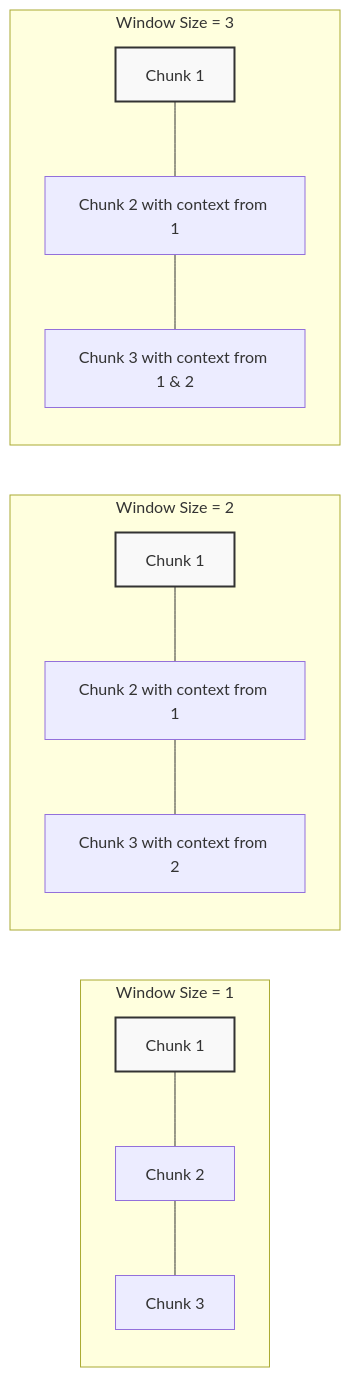
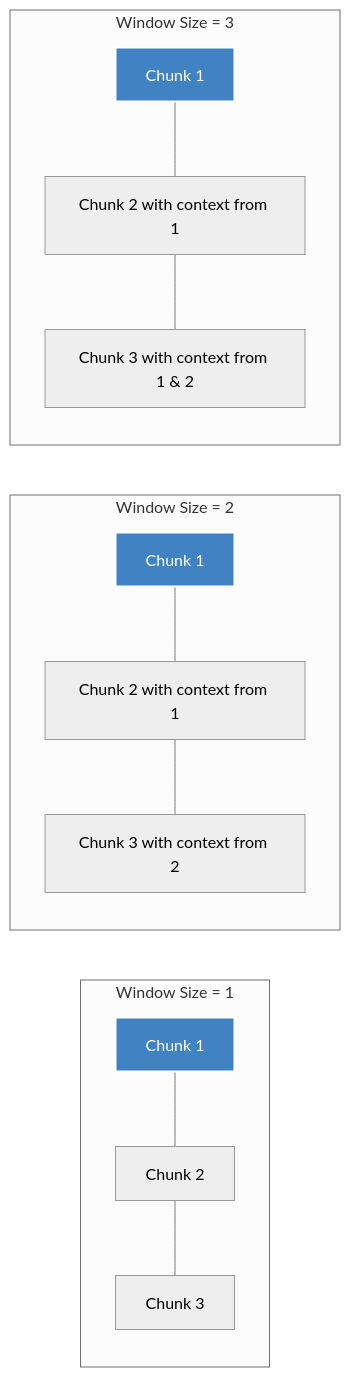
The fourth of 4 diagrams in docs/user-guide/chunking.md (aurelio-labs/aurelio-sdk), drawn with Mermaid before and after one commit. The commit also changed other lines of this file and 4 other files, not shown here.

Commit message:
fix: dark mode charts

````diff
--- a/docs/user-guide/chunking.md
+++ b/docs/user-guide/chunking.md
@@ -204,21 +207,22 @@
 ```mermaid
+%%{init: {'theme':'neutral', 'themeVariables': {'darkMode': true, 'primaryColor': '#4182c3', 'primaryTextColor': '#fff', 'primaryBorderColor': '#7a7a7a', 'lineColor': '#7a7a7a', 'secondaryColor': '#f5f5f5', 'tertiaryColor': '#333'}}}%%
 flowchart LR
     subgraph "Window Size = 1"
         A1[Chunk 1] --- B1[Chunk 2]
         B1 --- C1[Chunk 3]
     end
     
     subgraph "Window Size = 2"
         A2[Chunk 1] --- B2[Chunk 2 with context from 1]
         B2 --- C2[Chunk 3 with context from 2]
     end
     
     subgraph "Window Size = 3"
         A3[Chunk 1] --- B3[Chunk 2 with context from 1]
         B3 --- C3[Chunk 3 with context from 1 & 2]
     end
     
-    style A1 fill:#f9f9f9,stroke:#333,stroke-width:2px
-    style A2 fill:#f9f9f9,stroke:#333,stroke-width:2px
-    style A3 fill:#f9f9f9,stroke:#333,stroke-width:2px
+    style A1 fill:#4182c3,stroke:#ffffff,stroke-width:2px,color:#ffffff
+    style A2 fill:#4182c3,stroke:#ffffff,stroke-width:2px,color:#ffffff
+    style A3 fill:#4182c3,stroke:#ffffff,stroke-width:2px,color:#ffffff
 ```
````
